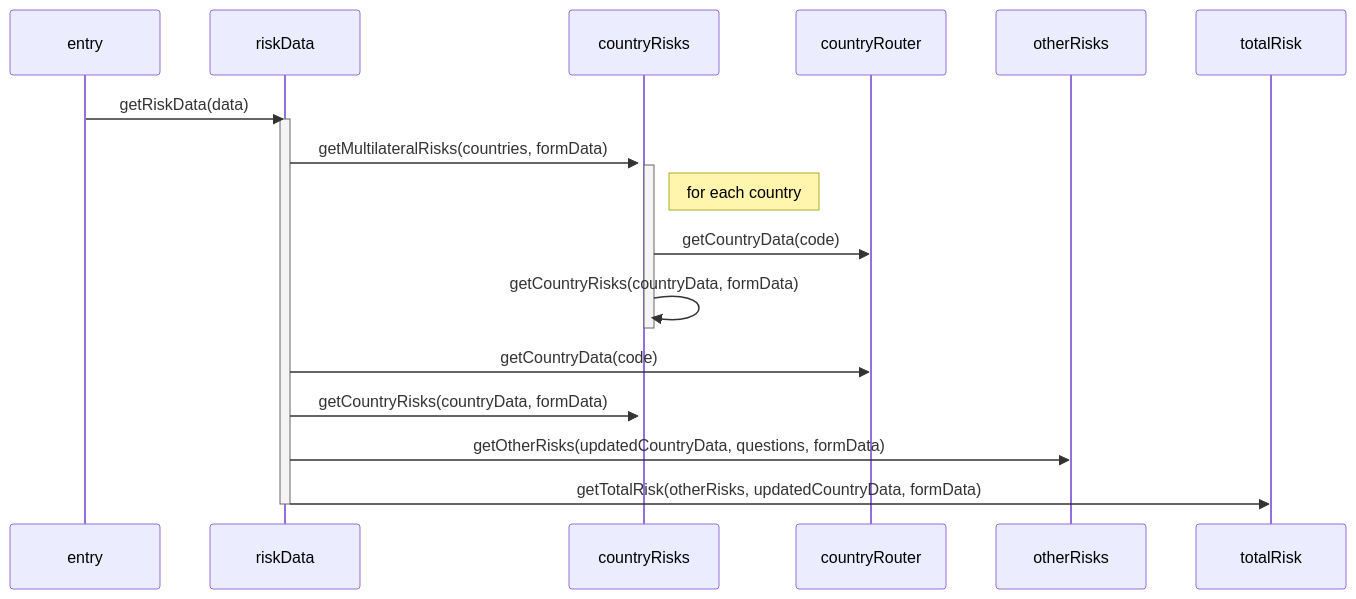
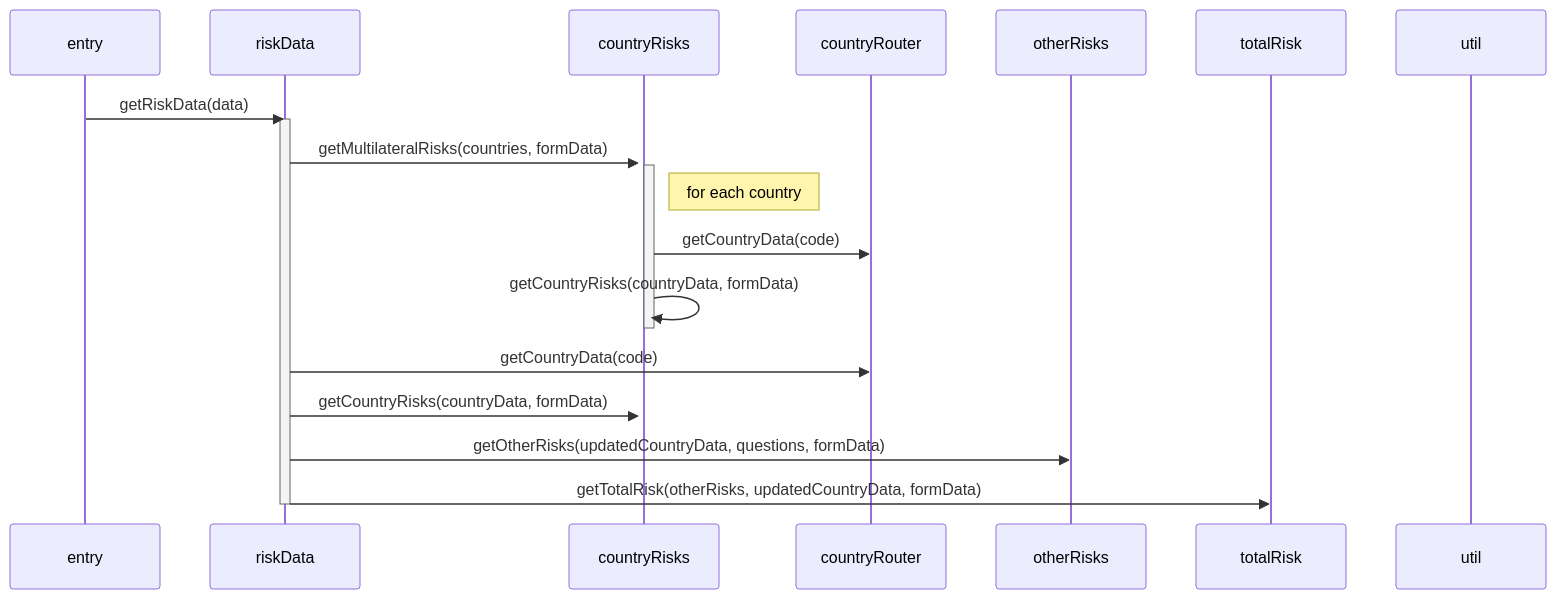
Before and after one commit to UniversityOfHelsinkiCS/riksutin: the diagram in docs/control_flow.md, drawn with Mermaid.

Commit message:
Add util participant to control flow diagram

````diff
--- a/docs/control_flow.md
+++ b/docs/control_flow.md
@@ -1,23 +1,24 @@
 ```mermaid
 sequenceDiagram
     participant entry
     participant riskData
     participant countryRisks
     participant countryRouter
     participant otherRisks
     participant totalRisk
+    participant util
 
     entry->>riskData: getRiskData(data)
     activate riskData
     riskData ->>+ countryRisks: getMultilateralRisks(countries, formData)
     activate countryRisks
     Note right of countryRisks: for each country
     countryRisks ->> countryRouter: getCountryData(code)
     countryRisks ->> countryRisks: getCountryRisks(countryData, formData)
     deactivate countryRisks
     riskData ->> countryRouter: getCountryData(code)
     riskData ->> countryRisks: getCountryRisks(countryData, formData)
     riskData ->> otherRisks: getOtherRisks(updatedCountryData, questions, formData)
     riskData ->> totalRisk: getTotalRisk(otherRisks, updatedCountryData, formData)
     deactivate riskData
 ```
````
